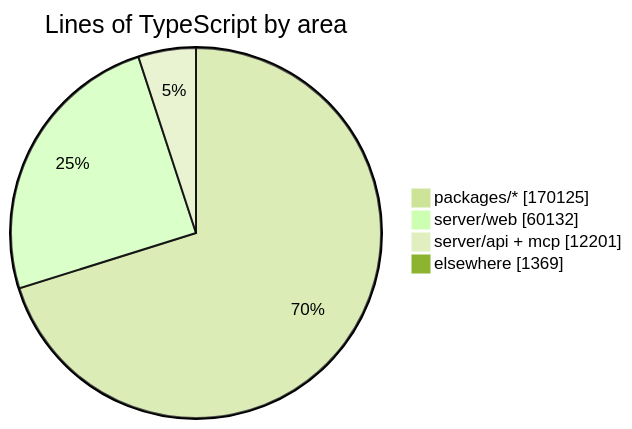
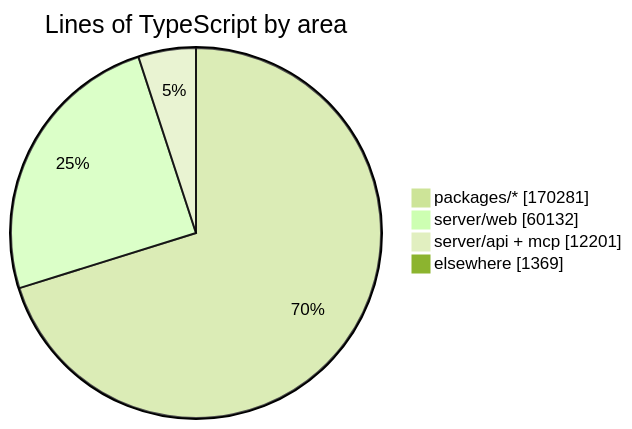
Before and after one commit to crossworks-engineering/mantle: the diagram in README.md, drawn with Mermaid (forest theme). The commit also changed other lines of this file and 2 other files, not shown here.

````diff
--- a/README.md
+++ b/README.md
@@ -279,7 +279,7 @@
 ```mermaid
 pie showData title Lines of TypeScript by area
-    "packages/*" : 170125
+    "packages/*" : 170281
     "server/web" : 60132
     "server/api + mcp" : 12201
     "elsewhere" : 1369
 ```
````
